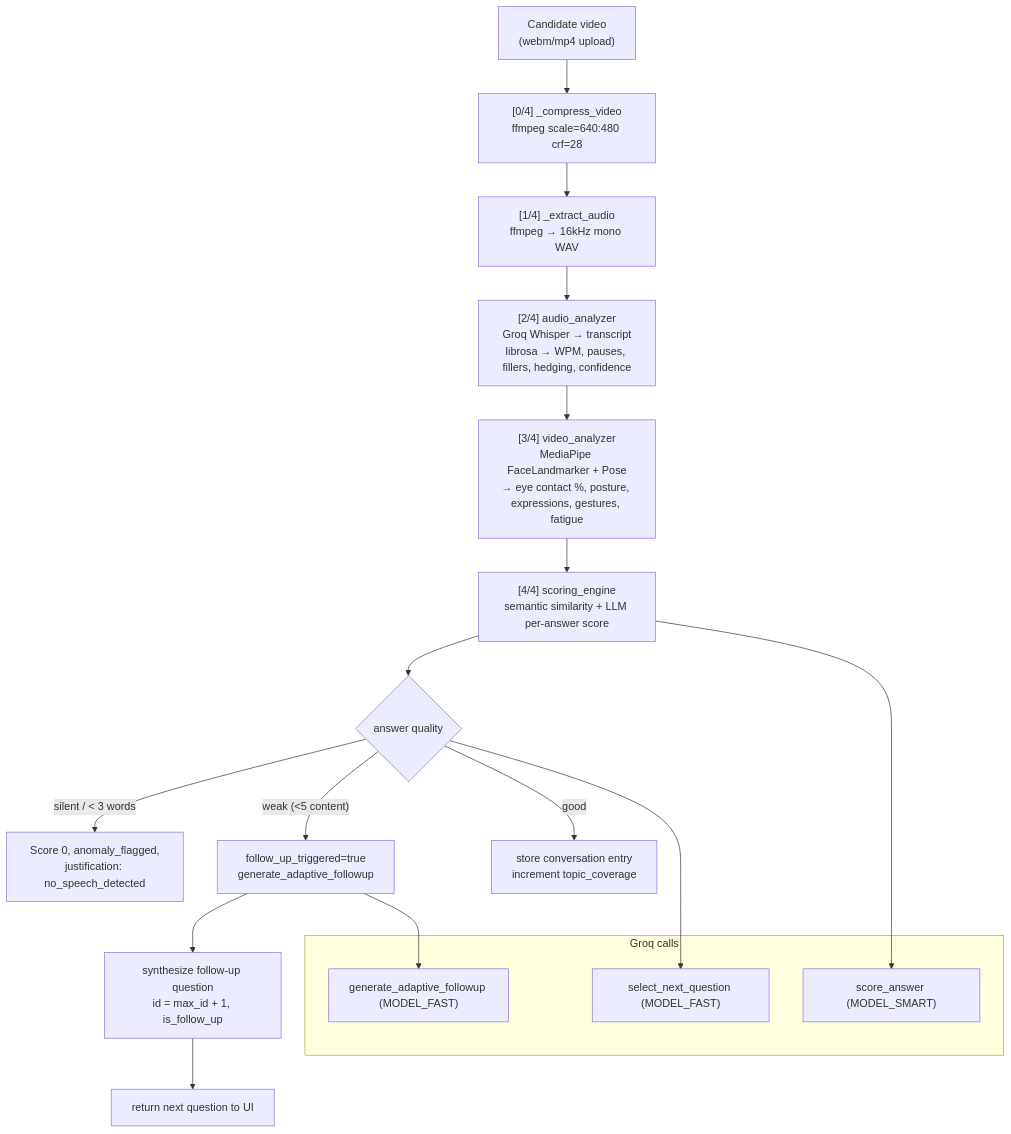
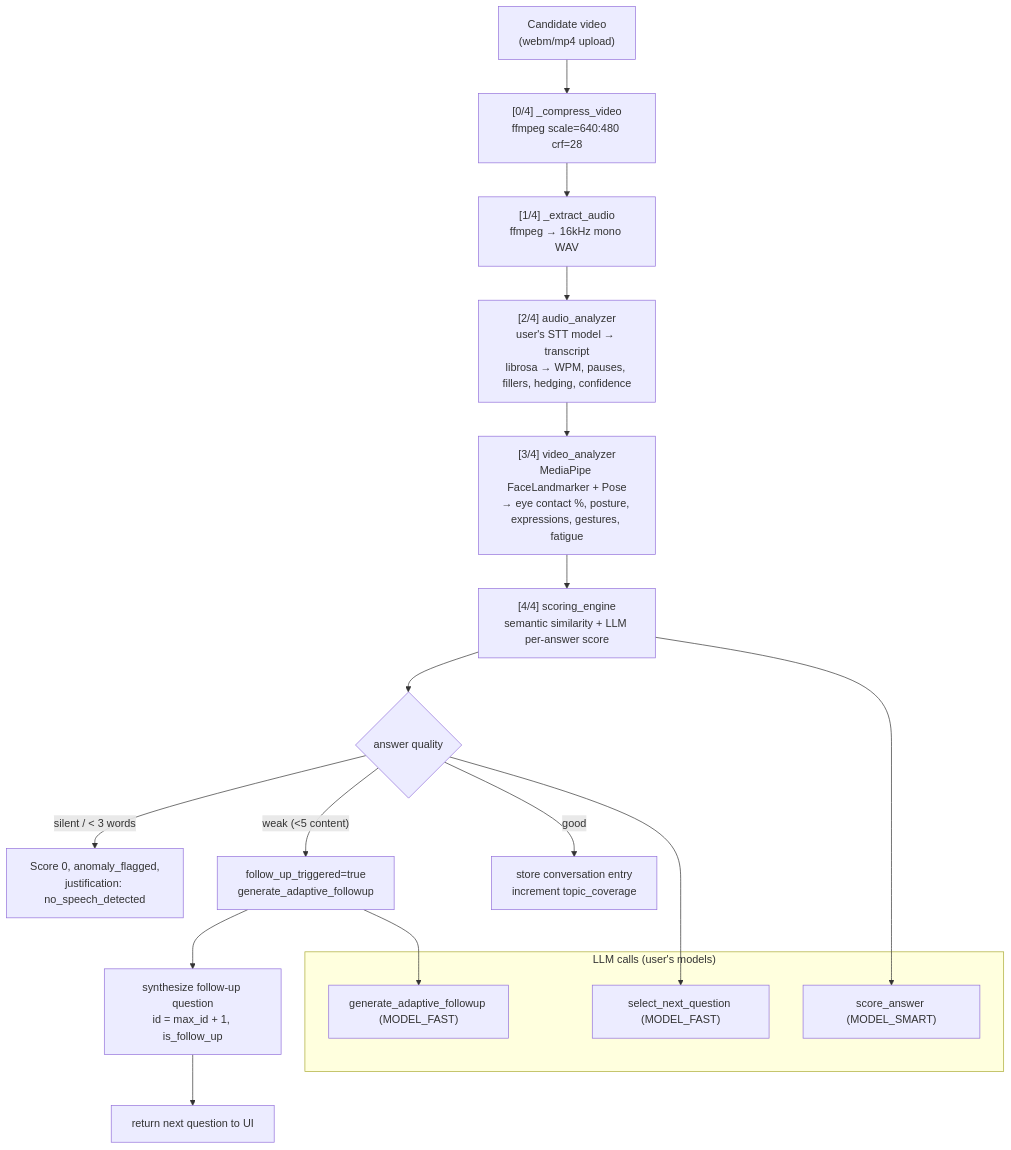
The fourth of 7 diagrams in README.md (RishabhPR77/ai-interview), drawn with Mermaid before and after one commit. The commit also changed other lines of this file and 48 other files, not shown here.

````diff
--- a/README.md
+++ b/README.md
@@ -140,24 +140,24 @@
 ```mermaid
 flowchart TD
     A["Candidate video<br/>(webm/mp4 upload)"] --> B["[0/4] _compress_video<br/>ffmpeg scale=640:480 crf=28"]
     B --> C["[1/4] _extract_audio<br/>ffmpeg → 16kHz mono WAV"]
-    C --> D["[2/4] audio_analyzer<br/>Groq Whisper → transcript<br/>librosa → WPM, pauses, fillers, hedging, confidence"]
+    C --> D["[2/4] audio_analyzer<br/>user's STT model → transcript<br/>librosa → WPM, pauses, fillers, hedging, confidence"]
     D --> E["[3/4] video_analyzer<br/>MediaPipe FaceLandmarker + Pose<br/>→ eye contact %, posture, expressions, gestures, fatigue"]
     E --> F["[4/4] scoring_engine<br/>semantic similarity + LLM per-answer score"]
 
     F --> G{"answer quality"}
     G -- "silent / < 3 words" --> H["Score 0, anomaly_flagged,<br/>justification: no_speech_detected"]
     G -- "weak (<5 content)" --> I["follow_up_triggered=true<br/>generate_adaptive_followup"]
     G -- "good" --> J["store conversation entry<br/>increment topic_coverage"]
     I --> K["synthesize follow-up question<br/>id = max_id + 1, is_follow_up"]
     K --> L["return next question to UI"]
 
-    subgraph LLM["Groq calls"]
+    subgraph LLM["LLM calls (user's models)"]
         M["score_answer (MODEL_SMART)"]
         N["generate_adaptive_followup (MODEL_FAST)"]
         O["select_next_question (MODEL_FAST)"]
     end
     F --> M
     I --> N
     G --> O
 ```
````
